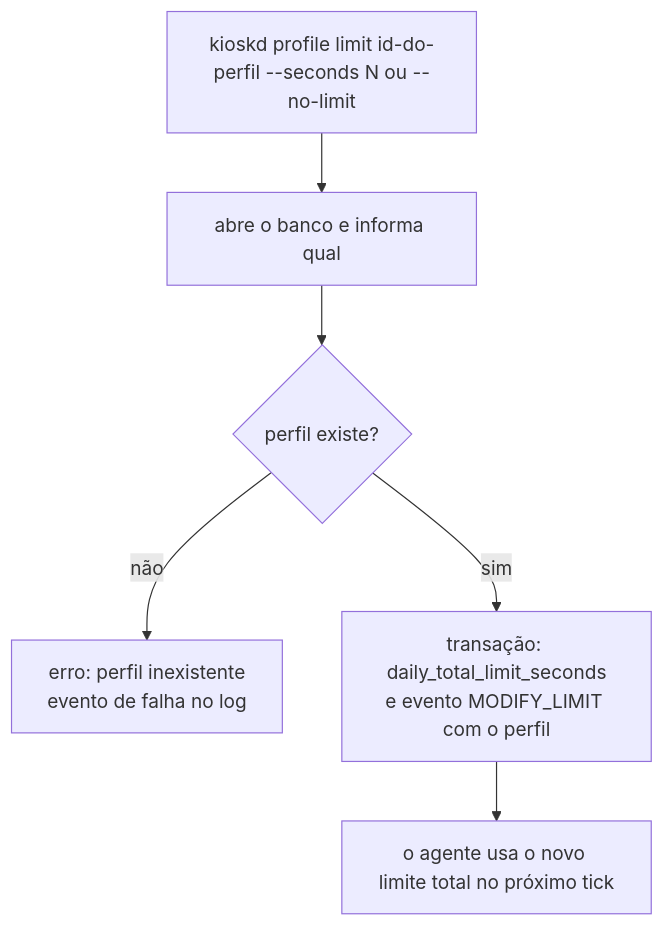
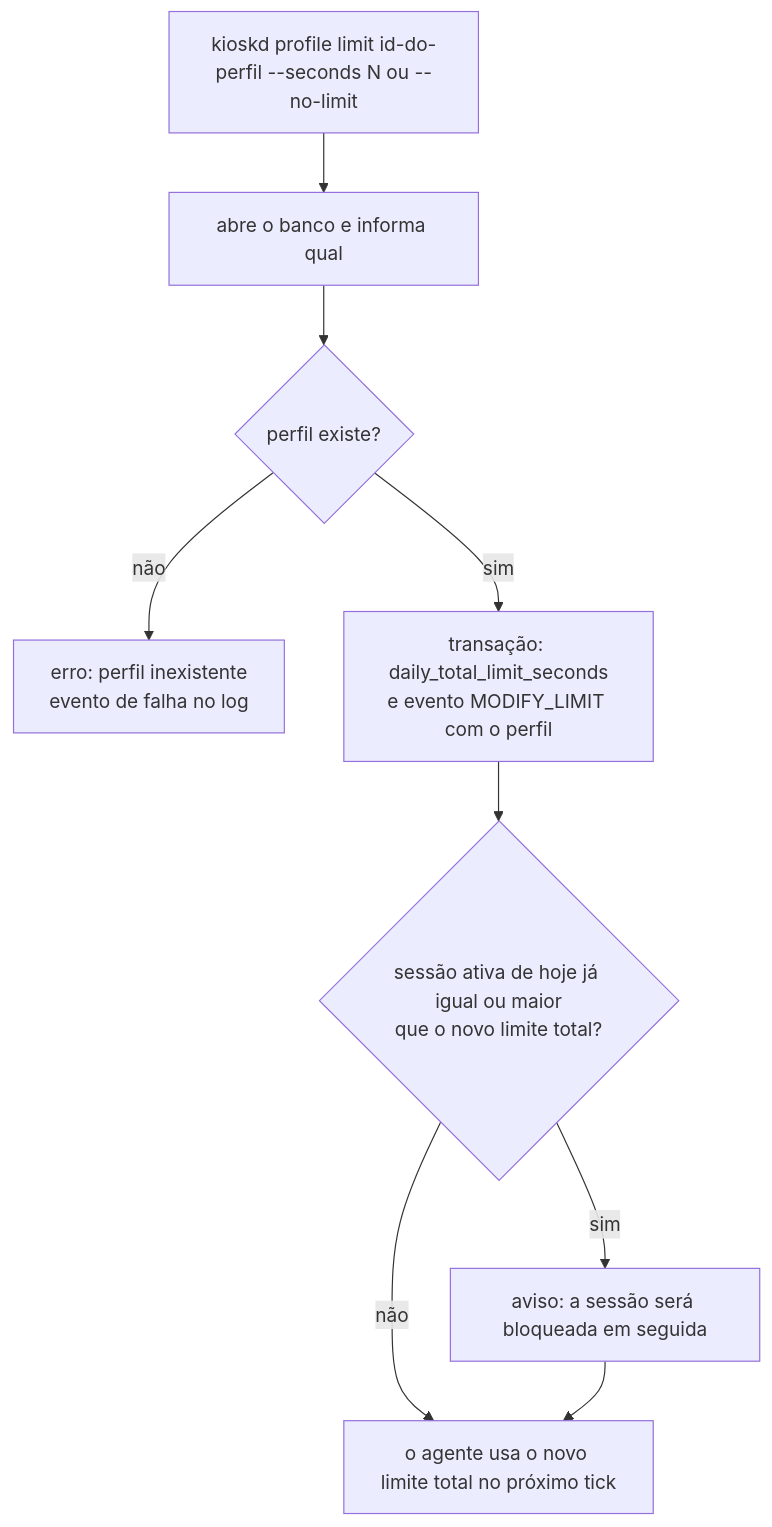
Before and after one commit to jefersonlop3s/kiosk-engine: the ninth of 28 diagrams in docs/architecture/fluxos-dos-comandos.md, drawn with Mermaid. The commit also changed other lines of this file and 11 other files, not shown here.

````diff
--- a/docs/architecture/fluxos-dos-comandos.md
+++ b/docs/architecture/fluxos-dos-comandos.md
@@ -157,8 +157,11 @@
 ```mermaid
 flowchart TD
     A["kioskd profile limit id-do-perfil --seconds N ou --no-limit"] --> B["abre o banco e informa qual"]
     B --> C{"perfil existe?"}
     C -->|não| E["erro: perfil inexistente<br/>evento de falha no log"]
     C -->|sim| D["transação: daily_total_limit_seconds<br/>e evento MODIFY_LIMIT com o perfil"]
-    D --> F["o agente usa o novo limite total no próximo tick"]
+    D --> W{"sessão ativa de hoje já igual ou maior<br/>que o novo limite total?"}
+    W -->|sim| W1["aviso: a sessão será bloqueada em seguida"]
+    W -->|não| F["o agente usa o novo limite total no próximo tick"]
+    W1 --> F
 ```
````
